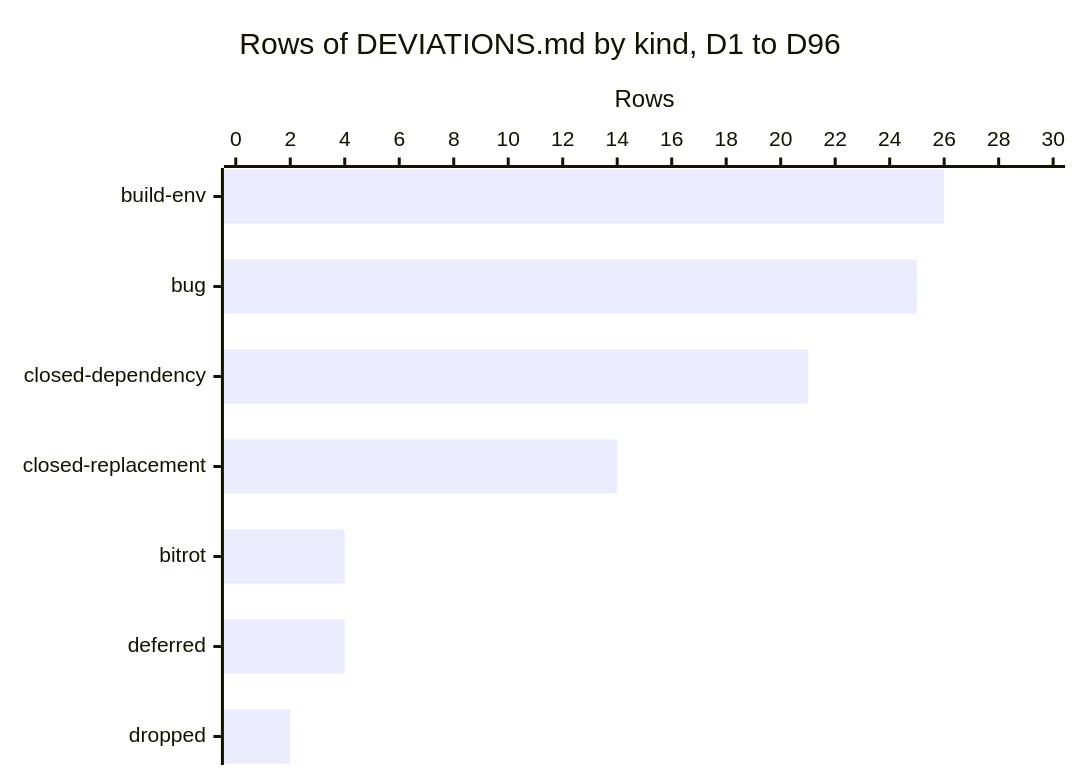
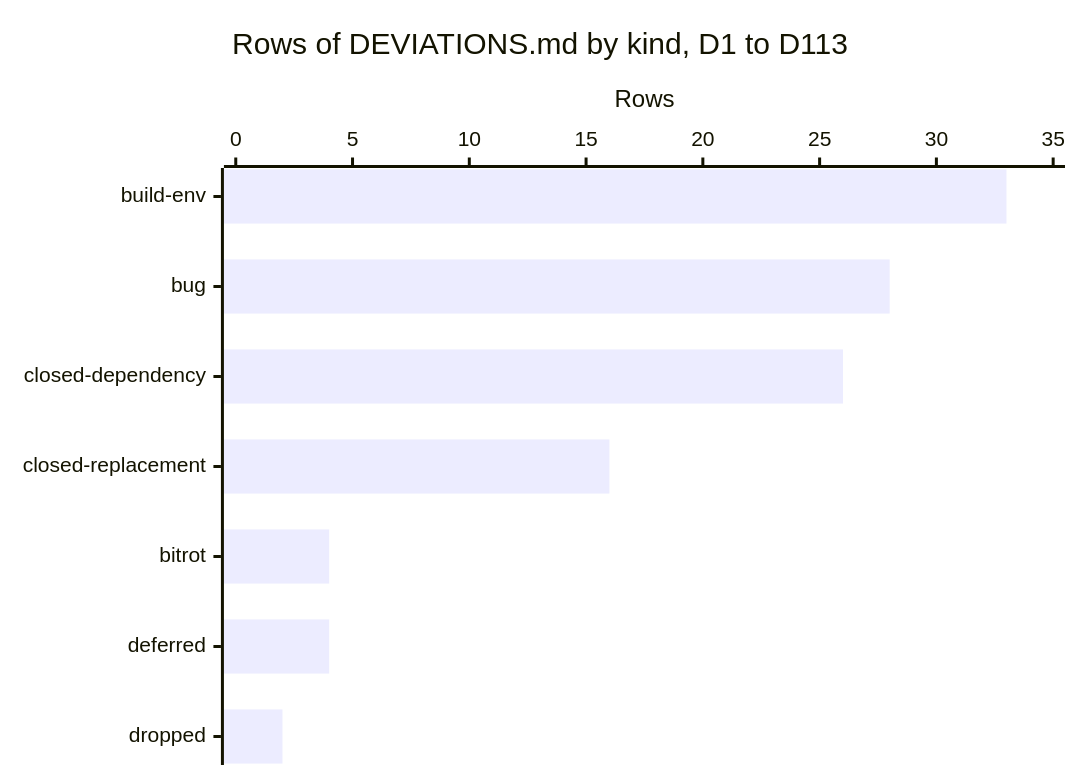
One commit to nyg/PowerDarwin changed the first of 2 diagrams in docs/src/synthesis/kinds-of-deviation.md. Above: the diagram before and after it, drawn with Mermaid. The commit also changed other lines of this file and 16 other files, not shown here.

````diff
--- a/docs/src/synthesis/kinds-of-deviation.md
+++ b/docs/src/synthesis/kinds-of-deviation.md
@@ -27,7 +27,7 @@
 ```mermaid
 xychart-beta horizontal
-    title "Rows of DEVIATIONS.md by kind, D1 to D96"
+    title "Rows of DEVIATIONS.md by kind, D1 to D113"
     x-axis ["build-env", "bug", "closed-dependency", "closed-replacement", "bitrot", "deferred", "dropped"]
-    y-axis "Rows" 0 --> 30
-    bar [26, 25, 21, 14, 4, 4, 2]
+    y-axis "Rows" 0 --> 35
+    bar [33, 28, 26, 16, 4, 4, 2]
 ```
````
